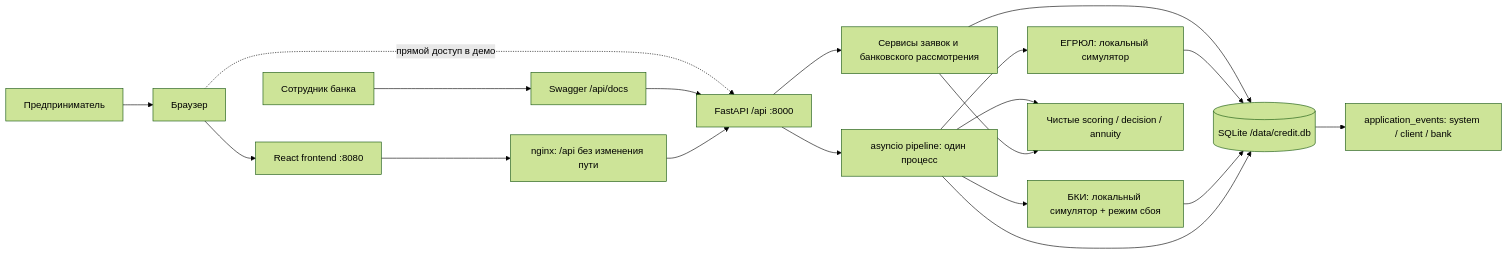
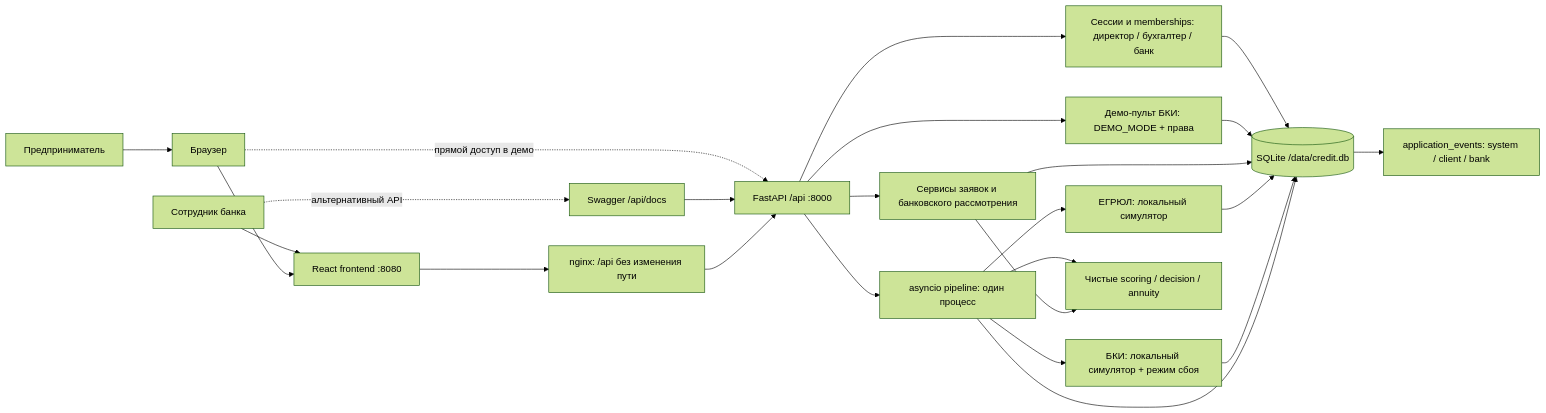
One commit to arsapeworldwide/alpha-hack changed the diagram in docs/ARCHITECTURE.md. Above: the diagram before and after it, drawn with Mermaid (forest theme). The commit also changed 27 other files, not shown here.

````diff
--- a/docs/ARCHITECTURE.md
+++ b/docs/ARCHITECTURE.md
@@ -3,21 +3,26 @@
 ```mermaid
 flowchart LR
     User[Предприниматель] --> Browser[Браузер]
-    Bank[Сотрудник банка] --> Swagger[Swagger /api/docs]
+    Bank[Сотрудник банка] --> Frontend
+    Bank -. альтернативный API .-> Swagger[Swagger /api/docs]
     Browser --> Frontend[React frontend :8080]
     Frontend --> Nginx[nginx: /api без изменения пути]
     Browser -. прямой доступ в демо .-> API[FastAPI /api :8000]
     Swagger --> API
     Nginx --> API
     API --> Service[Сервисы заявок и банковского рассмотрения]
+    API --> Access[Сессии и memberships: директор / бухгалтер / банк]
+    Access --> DB
+    API --> Controls[Демо-пульт БКИ: DEMO_MODE + права]
+    Controls --> DB
     Service --> DB[(SQLite /data/credit.db)]
     API --> Pipeline[asyncio pipeline: один процесс]
     Pipeline --> Egrul[ЕГРЮЛ: локальный симулятор]
     Pipeline --> Bki[БКИ: локальный симулятор + режим сбоя]
     Egrul --> DB
     Bki --> DB
     Pipeline --> Domain[Чистые scoring / decision / annuity]
     Pipeline --> DB
     Service --> Domain
     DB --> Events[application_events: system / client / bank]
 ```
````
